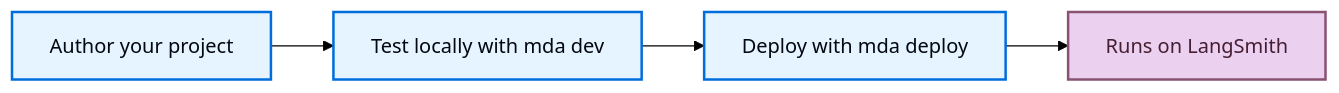
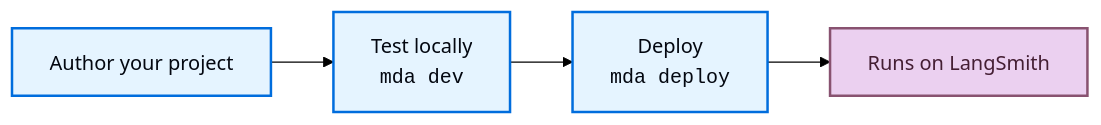
One commit to Eyre921/ofiicial-developer-docs changed the diagram in agent-frameworks/langchain/pages/langsmith/managed-deep-agents-how-it-works.md. Above: the diagram before and after it, drawn with Mermaid (forest theme). The commit also changed other lines of this file and 403 other files, not shown here.

````diff
--- a/agent-frameworks/langchain/pages/langsmith/managed-deep-agents-how-it-works.md
+++ b/agent-frameworks/langchain/pages/langsmith/managed-deep-agents-how-it-works.md
@@ -23,11 +23,11 @@
 ```mermaid theme={"theme":{"light":"catppuccin-latte","dark":"catppuccin-mocha"}}
 flowchart LR
-    A["Author your project"] --> B["Test locally with mda dev"]
-    B --> C["Deploy with mda deploy"]
+    A["Author your project"] --> B["Test locally<br/><code>mda dev</code>"]
+    B --> C["Deploy<br/><code>mda deploy</code>"]
     C --> D["Runs on LangSmith"]
 
     classDef process fill:#E5F4FF,stroke:#006DDD,stroke-width:2px,color:#030710;
     classDef output fill:#EBD0F0,stroke:#885270,stroke-width:2px,color:#441E33;
     class A,B,C process;
     class D output;
 ```
````
